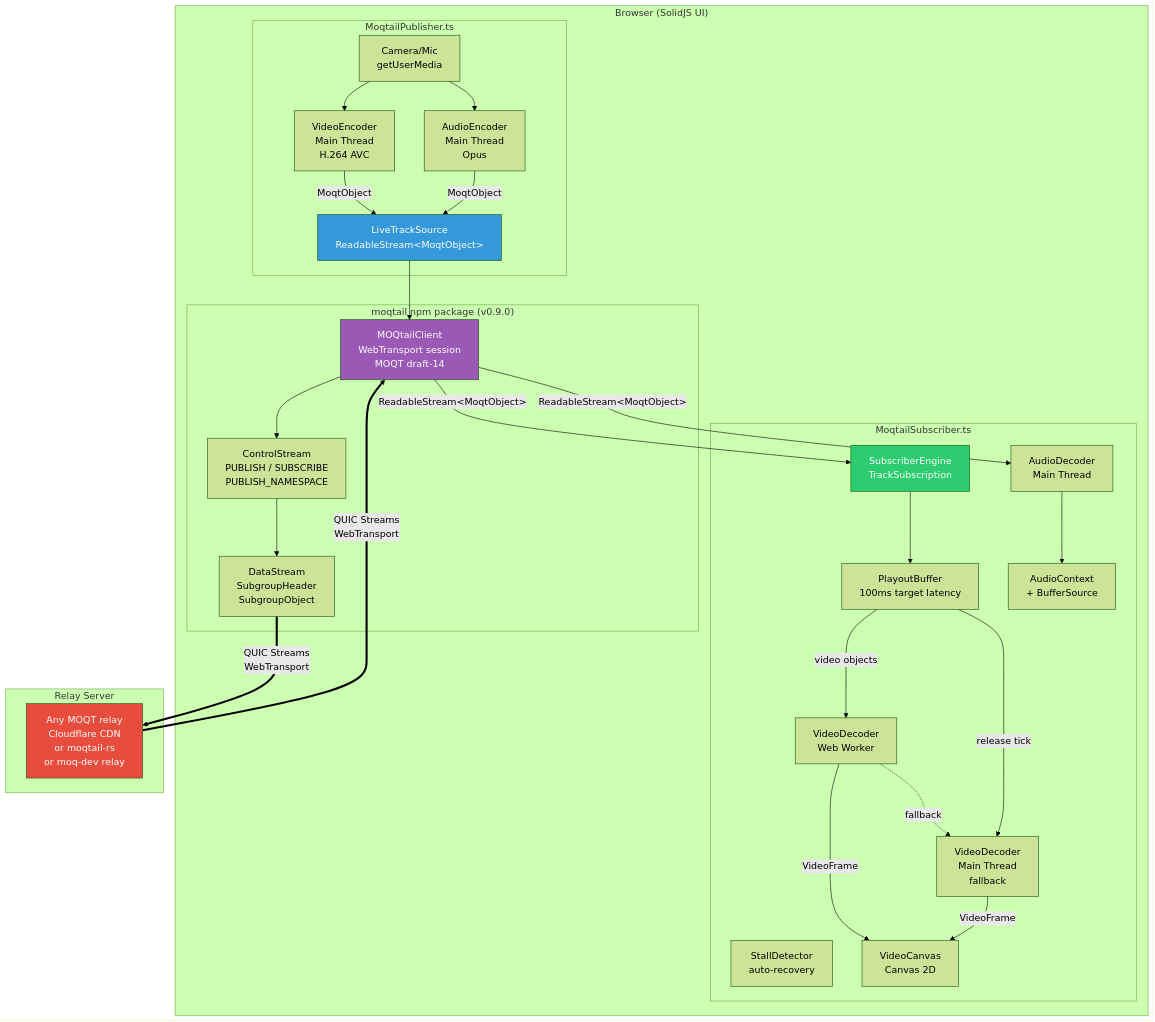
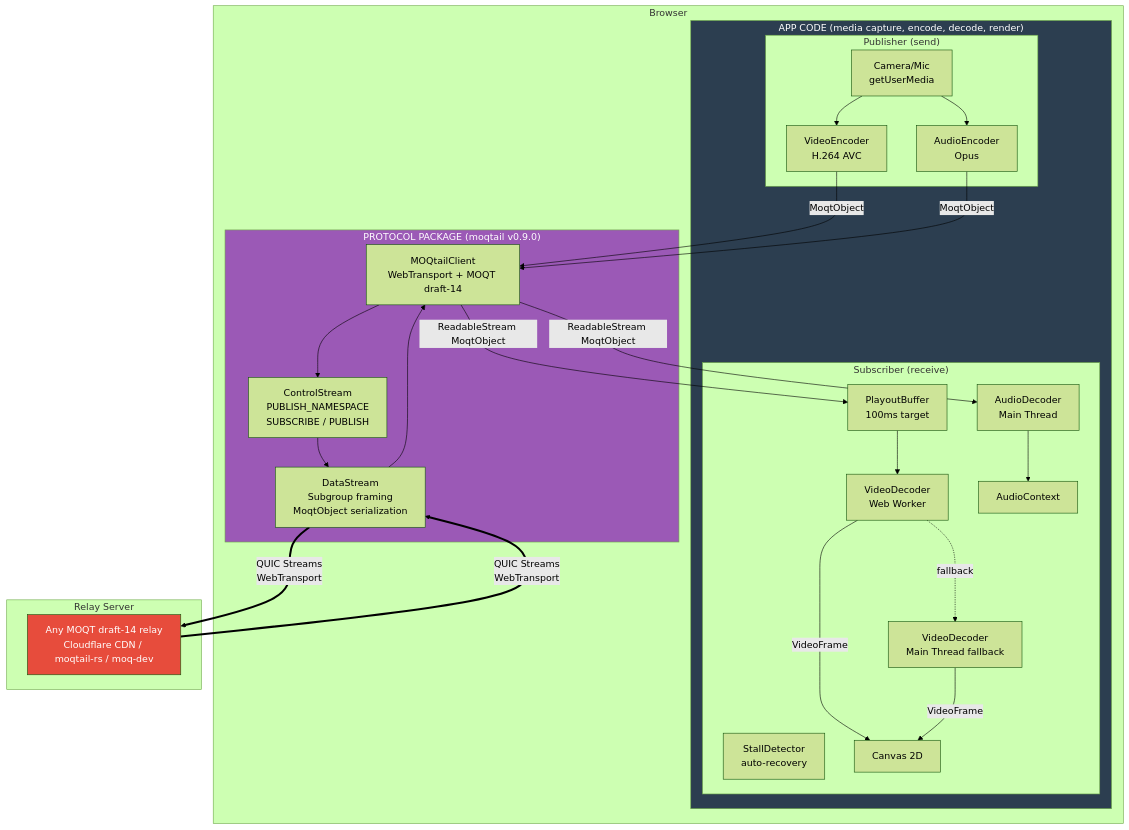
The first of 9 diagrams in ARCHITECTURE.md (pathscale/moq-test5-moqtail), drawn with Mermaid (forest theme) before and after one commit. The commit also changed other lines of this file, not shown here.

First line of the commit message:
docs: clarify app vs protocol package throughout ARCHITECTURE.md

````diff
--- a/ARCHITECTURE.md
+++ b/ARCHITECTURE.md
@@ -5,57 +7,54 @@
 ```mermaid
 graph TB
-    subgraph Browser["Browser (SolidJS UI)"]
-        subgraph Publisher["MoqtailPublisher.ts"]
-            CAM[Camera/Mic<br/>getUserMedia]
-            VE[VideoEncoder<br/>Main Thread<br/>H.264 AVC]
-            AE[AudioEncoder<br/>Main Thread<br/>Opus]
-            LTS[LiveTrackSource<br/>ReadableStream&lt;MoqtObject&gt;]
+    subgraph Browser["Browser"]
+        subgraph AppCode["APP CODE (media capture, encode, decode, render)"]
+            subgraph Publisher["Publisher (send)"]
+                CAM[Camera/Mic<br/>getUserMedia]
+                VE[VideoEncoder<br/>H.264 AVC]
+                AE[AudioEncoder<br/>Opus]
+            end
+
+            subgraph Subscriber["Subscriber (receive)"]
+                PB[PlayoutBuffer<br/>100ms target]
+                SD[StallDetector<br/>auto-recovery]
+                VD_W[VideoDecoder<br/>Web Worker]
+                VD_M[VideoDecoder<br/>Main Thread fallback]
+                AD[AudioDecoder<br/>Main Thread]
+                CANVAS[Canvas 2D]
+                SPEAKER[AudioContext]
+            end
         end
 
-        subgraph Subscriber["MoqtailSubscriber.ts"]
-            SE[SubscriberEngine<br/>TrackSubscription]
-            PB[PlayoutBuffer<br/>100ms target latency]
-            SD[StallDetector<br/>auto-recovery]
-            VD_W[VideoDecoder<br/>Web Worker]
-            VD_M[VideoDecoder<br/>Main Thread<br/>fallback]
-            AD[AudioDecoder<br/>Main Thread]
-            CANVAS[VideoCanvas<br/>Canvas 2D]
-            SPEAKER[AudioContext<br/>+ BufferSource]
-        end
-
-        subgraph MOQtail["moqtail npm package (v0.9.0)"]
-            CLIENT[MOQtailClient<br/>WebTransport session<br/>MOQT draft-14]
-            CTRL[ControlStream<br/>PUBLISH / SUBSCRIBE<br/>PUBLISH_NAMESPACE]
-            DATA[DataStream<br/>SubgroupHeader<br/>SubgroupObject]
+        subgraph Package["PROTOCOL PACKAGE (moqtail v0.9.0)"]
+            CLIENT[MOQtailClient<br/>WebTransport + MOQT draft-14]
+            CTRL[ControlStream<br/>PUBLISH_NAMESPACE<br/>SUBSCRIBE / PUBLISH]
+            DATA[DataStream<br/>Subgroup framing<br/>MoqtObject serialization]
         end
     end
 
     subgraph Relay["Relay Server"]
-        R[Any MOQT relay<br/>Cloudflare CDN<br/>or moqtail-rs<br/>or moq-dev relay]
+        R[Any MOQT draft-14 relay<br/>Cloudflare CDN / moqtail-rs / moq-dev]
     end
 
     CAM --> VE
     CAM --> AE
-    VE -->|MoqtObject| LTS
-    AE -->|MoqtObject| LTS
-    LTS --> CLIENT
+    VE -->|"MoqtObject"| CLIENT
+    AE -->|"MoqtObject"| CLIENT
     CLIENT --> CTRL
     CTRL --> DATA
     DATA ==>|"QUIC Streams<br/>WebTransport"| R
 
-    R ==>|"QUIC Streams<br/>WebTransport"| CLIENT
-    CLIENT -->|ReadableStream&lt;MoqtObject&gt;| SE
-    SE --> PB
-    PB -->|video objects| VD_W
+    R ==>|"QUIC Streams<br/>WebTransport"| DATA
+    DATA --> CLIENT
+    CLIENT -->|"ReadableStream MoqtObject"| PB
+    PB --> VD_W
     VD_W -.->|fallback| VD_M
-    PB -->|release tick| VD_M
     VD_W -->|VideoFrame| CANVAS
     VD_M -->|VideoFrame| CANVAS
-    CLIENT -->|ReadableStream&lt;MoqtObject&gt;| AD
+    CLIENT -->|"ReadableStream MoqtObject"| AD
     AD --> SPEAKER
 
     style R fill:#e74c3c,color:#fff
-    style CLIENT fill:#9b59b6,color:#fff
-    style LTS fill:#3498db,color:#fff
-    style SE fill:#2ecc71,color:#fff
+    style Package fill:#9b59b6,color:#fff
+    style AppCode fill:#2c3e50,color:#fff
 ```
````
